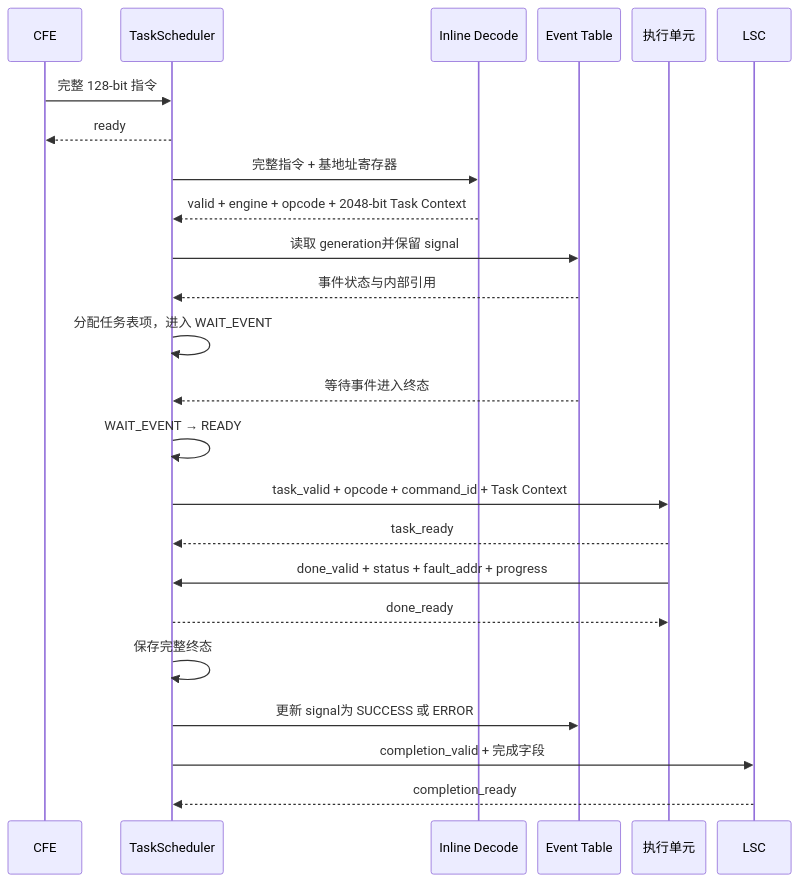
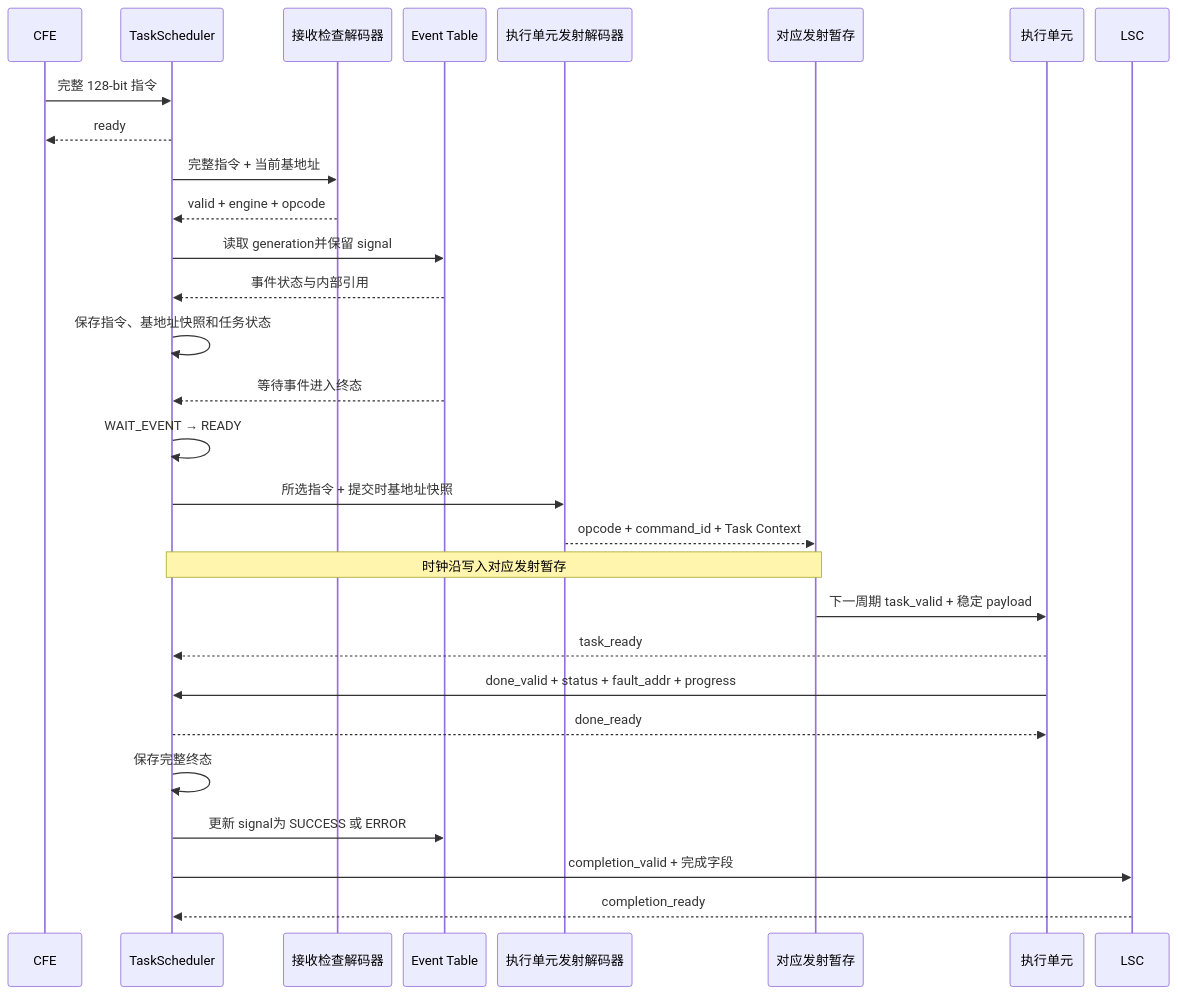
One commit to Little-W/Obsidian changed the sixth of 17 diagrams in NPU/NPU 指令与硬件架构设计 Spec.md. Above: the diagram before and after it, drawn with Mermaid. The commit also changed other lines of this file, not shown here.

````diff
--- a/NPU/NPU 指令与硬件架构设计 Spec.md
+++ b/NPU/NPU 指令与硬件架构设计 Spec.md
@@ -1813,28 +1823,33 @@
 ```mermaid
 %%{init: {"sequence": {"useMaxWidth": true, "actorMargin": 14, "width": 90, "messageMargin": 10, "noteMargin": 6}, "themeVariables": {"fontSize": "11px"}}}%%
 sequenceDiagram
     participant CFE
     participant TS as TaskScheduler
-    participant DEC as Inline Decode
+    participant CHECK as 接收检查解码器
     participant EVT as Event Table
+    participant DEC as 执行单元发射解码器
+    participant STG as 对应发射暂存
     participant ENG as 执行单元
     participant LSC
 
     CFE->>TS: 完整 128-bit 指令
     TS-->>CFE: ready
-    TS->>DEC: 完整指令 + 基地址寄存器
-    DEC-->>TS: valid + engine + opcode + 2048-bit Task Context
+    TS->>CHECK: 完整指令 + 当前基地址
+    CHECK-->>TS: valid + engine + opcode
     TS->>EVT: 读取 generation并保留 signal
     EVT-->>TS: 事件状态与内部引用
-    TS->>TS: 分配任务表项，进入 WAIT_EVENT
+    TS->>TS: 保存指令、基地址快照和任务状态
     EVT-->>TS: 等待事件进入终态
     TS->>TS: WAIT_EVENT → READY
-    TS->>ENG: task_valid + opcode + command_id + Task Context
+    TS->>DEC: 所选指令 + 提交时基地址快照
+    DEC-->>STG: opcode + command_id + Task Context
+    Note over TS,STG: 时钟沿写入对应发射暂存
+    STG->>ENG: 下一周期 task_valid + 稳定 payload
     ENG-->>TS: task_ready
     ENG->>TS: done_valid + status + fault_addr + progress
     TS-->>ENG: done_ready
     TS->>TS: 保存完整终态
     TS->>EVT: 更新 signal为 SUCCESS 或 ERROR
     TS->>LSC: completion_valid + 完成字段
     LSC-->>TS: completion_ready
 ```
````
